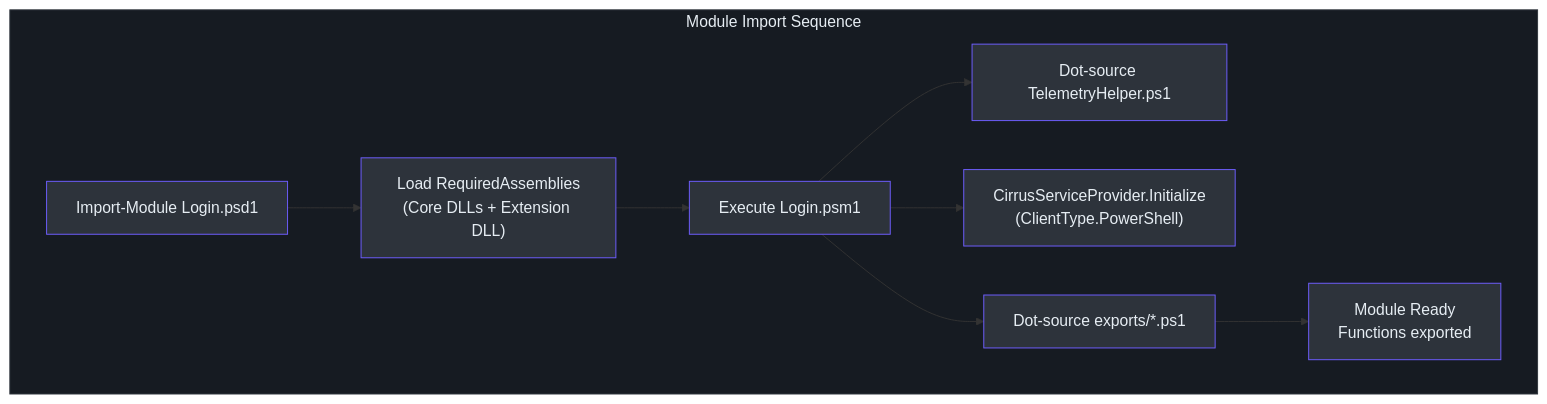
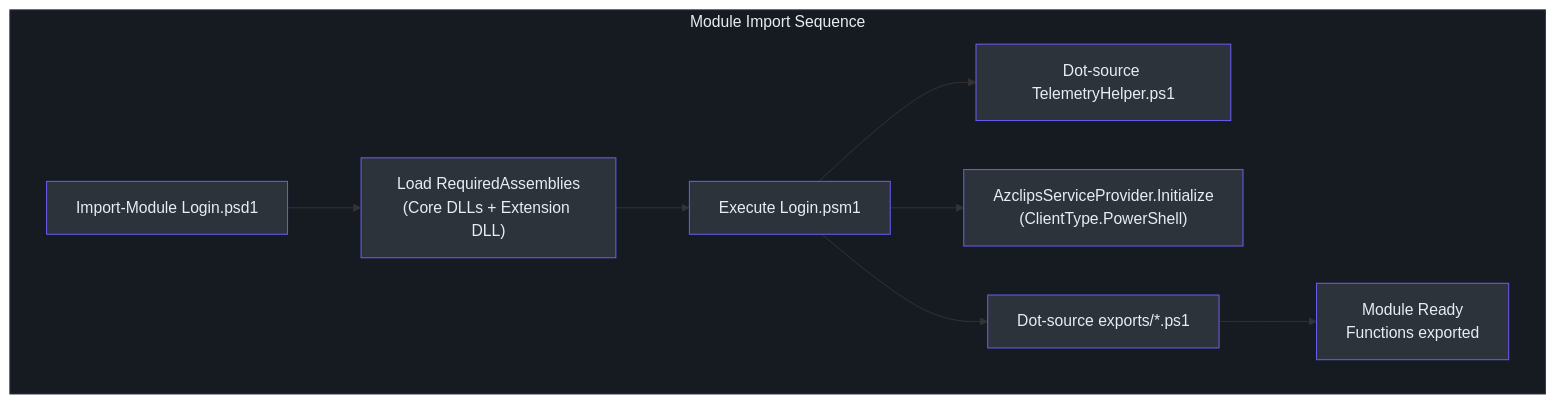
Before and after one commit to Azure/azclips: the first of 3 diagrams in wiki/01-getting-started/powershell-usage.md, drawn with Mermaid. The commit also changed other lines of this file and 49 other files, not shown here.

Commit message:
Update references to AzclipsServiceProvider

````diff
--- a/wiki/01-getting-started/powershell-usage.md
+++ b/wiki/01-getting-started/powershell-usage.md
@@ -55,28 +55,28 @@
 ```mermaid
 graph TB
     subgraph Init["Module Import Sequence"]
         style Init fill:#161b22,stroke:#30363d,color:#e6edf3
         Import["Import-Module Login.psd1"]
         Manifest["Load RequiredAssemblies<br>(Core DLLs + Extension DLL)"]
         PSM["Execute Login.psm1"]
         Telem["Dot-source TelemetryHelper.ps1"]
-        DI["CirrusServiceProvider.Initialize<br>(ClientType.PowerShell)"]
+        DI["AzclipsServiceProvider.Initialize<br>(ClientType.PowerShell)"]
         Exports["Dot-source exports/*.ps1"]
         Ready["Module Ready<br>Functions exported"]
     end
 
     Import --> Manifest
     Manifest --> PSM
     PSM --> Telem
     PSM --> DI
     PSM --> Exports
     Exports --> Ready
 
     style Import fill:#2d333b,stroke:#6d5dfc,color:#e6edf3
     style Manifest fill:#2d333b,stroke:#6d5dfc,color:#e6edf3
     style PSM fill:#2d333b,stroke:#6d5dfc,color:#e6edf3
     style Telem fill:#2d333b,stroke:#6d5dfc,color:#e6edf3
     style DI fill:#2d333b,stroke:#6d5dfc,color:#e6edf3
     style Exports fill:#2d333b,stroke:#6d5dfc,color:#e6edf3
     style Ready fill:#2d333b,stroke:#6d5dfc,color:#e6edf3
 ```
````
